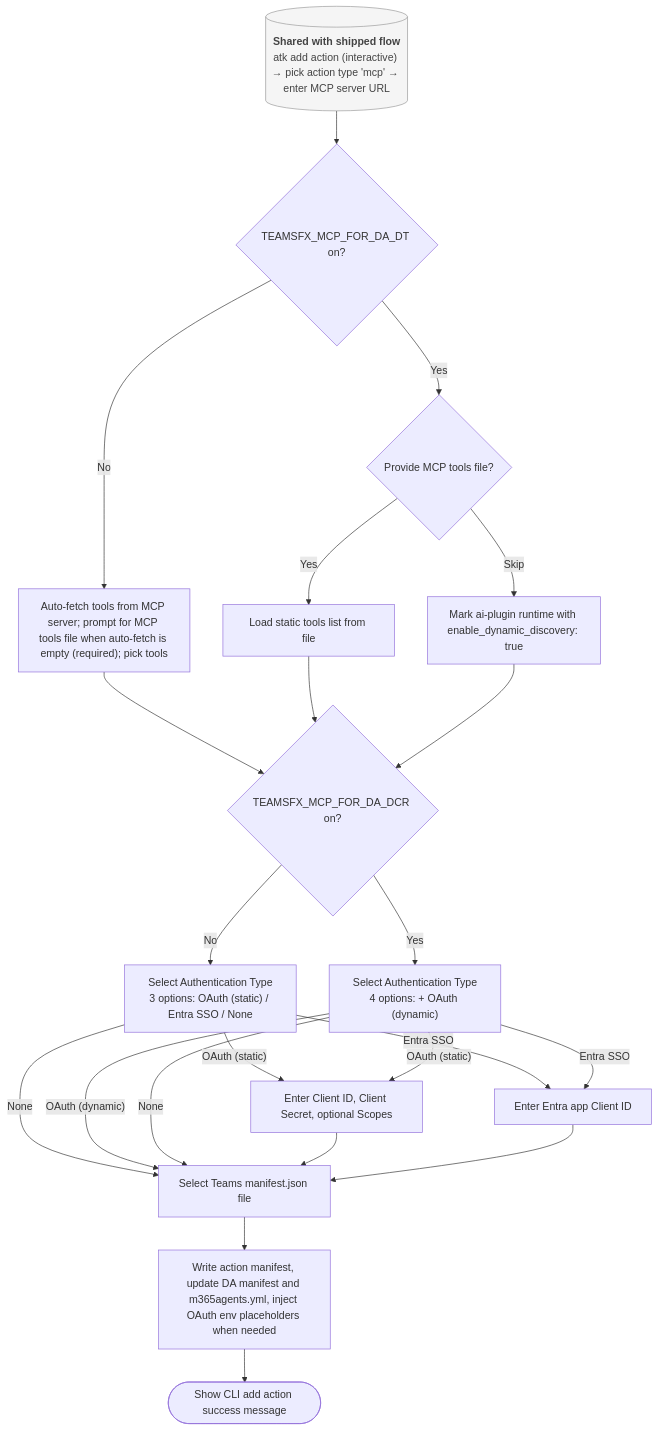
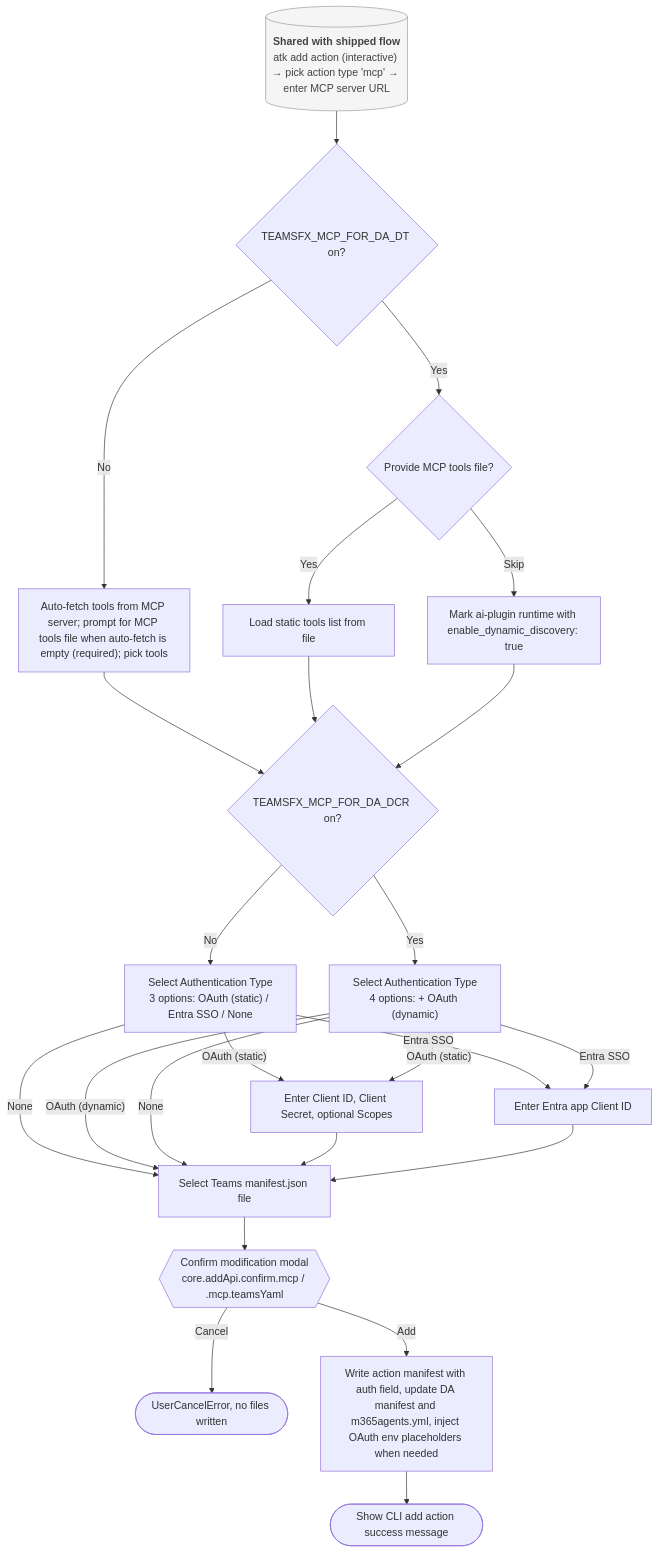
Before and after one commit to OfficeDev/microsoft-365-agents-toolkit: the second of 3 diagrams in docs/01-product/scenarios/da/draft/add-mcp-action-to-da.md, drawn with Mermaid. The commit also changed other lines of this file and 7 other files, not shown here.

````diff
--- a/docs/01-product/scenarios/da/draft/add-mcp-action-to-da.md
+++ b/docs/01-product/scenarios/da/draft/add-mcp-action-to-da.md
@@ -99,25 +101,27 @@
 ```mermaid
 flowchart TD
   Preamble[("<b>Shared with shipped flow</b><br/>atk add action (interactive) &rarr; pick action type 'mcp' &rarr; enter MCP server URL")] --> DtGate{TEAMSFX_MCP_FOR_DA_DT on?}
   DtGate -- No --> LegacyTools["Auto-fetch tools from MCP server; prompt for MCP tools file when auto-fetch is empty (required); pick tools"] --> DcrGate
   DtGate -- Yes --> OptionalTools{Provide MCP tools file?}
   OptionalTools -- Yes --> LoadStatic[Load static tools list from file] --> DcrGate
   OptionalTools -- Skip --> DtPath["Mark ai-plugin runtime with enable_dynamic_discovery: true"] --> DcrGate
   DcrGate{TEAMSFX_MCP_FOR_DA_DCR on?}
   DcrGate -- No --> SelectAuth3["Select Authentication Type<br/>3 options: OAuth (static) / Entra SSO / None"]
   DcrGate -- Yes --> SelectAuth4["Select Authentication Type<br/>4 options: + OAuth (dynamic)"]
   SelectAuth3 -- None --> SelectManifest
   SelectAuth3 -- "OAuth (static)" --> StaticFields["Enter Client ID, Client Secret, optional Scopes"]
   SelectAuth3 -- "Entra SSO" --> SsoFields[Enter Entra app Client ID]
   SelectAuth4 -- "OAuth (dynamic)" --> SelectManifest
   SelectAuth4 -- None --> SelectManifest
   SelectAuth4 -- "OAuth (static)" --> StaticFields
   SelectAuth4 -- "Entra SSO" --> SsoFields
   StaticFields --> SelectManifest[Select Teams manifest.json file]
   SsoFields --> SelectManifest
-  SelectManifest --> WriteFiles[Write action manifest, update DA manifest and m365agents.yml, inject OAuth env placeholders when needed]
+  SelectManifest --> Confirm{{"Confirm modification modal<br/>core.addApi.confirm.mcp / .mcp.teamsYaml"}}
+  Confirm -- Cancel --> Cancelled([UserCancelError, no files written])
+  Confirm -- Add --> WriteFiles[Write action manifest with auth field, update DA manifest and m365agents.yml, inject OAuth env placeholders when needed]
   WriteFiles --> Complete([Show CLI add action success message])
 
   classDef shared fill:#f5f5f5,stroke:#999,color:#444
   class Preamble shared
 ```
````
